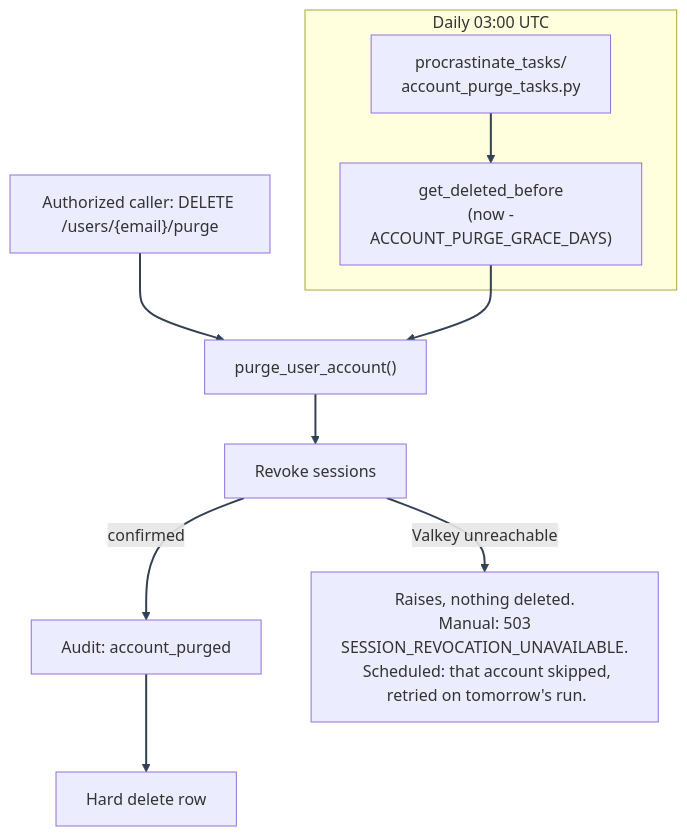
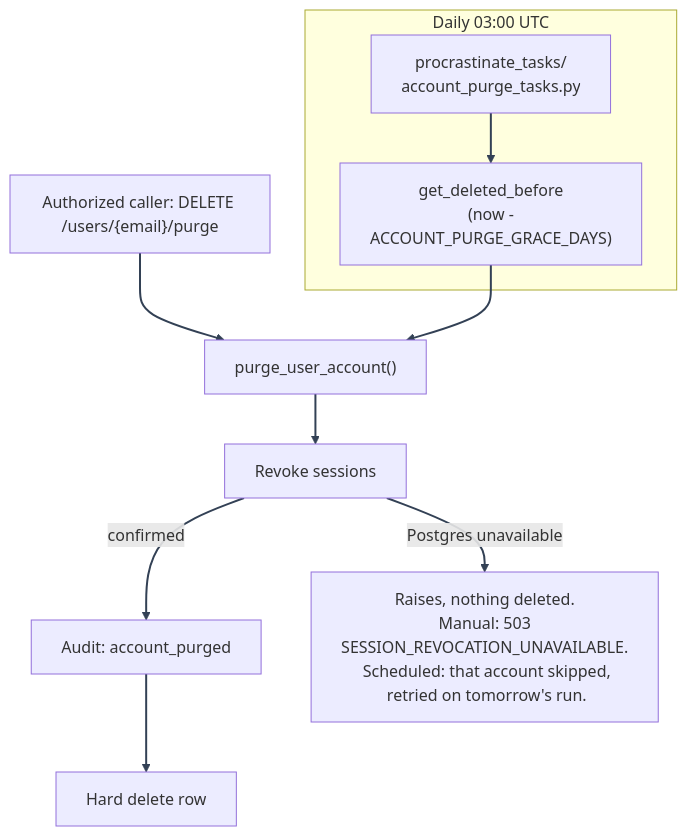
The diagram in docs/mystic_auth/authentication/account-deletion/permission-protected-actions-and-purge.md (Nachiket-2024/mystic-auth), drawn with Mermaid before and after one commit. The commit also changed other lines of this file and 376 other files, not shown here.

````diff
--- a/docs/mystic_auth/authentication/account-deletion/permission-protected-actions-and-purge.md
+++ b/docs/mystic_auth/authentication/account-deletion/permission-protected-actions-and-purge.md
@@ -46,16 +46,16 @@
 ```mermaid
 %%{init: {"themeVariables": {"lineColor": "#334155"}} }%%
 flowchart TD
     Privileged["Authorized caller: DELETE /users/{email}/purge"]
     subgraph Scheduled["Daily 03:00 UTC"]
         Cron["procrastinate_tasks/\n account_purge_tasks.py"]
         Query["get_deleted_before\n (now - ACCOUNT_PURGE_GRACE_DAYS)"]
         Cron --> Query
     end
     Privileged --> Purge["purge_user_account()"]
     Query --> Purge
     Purge --> Revoke["Revoke sessions"]
     Revoke -- "confirmed" --> Audit["Audit: account_purged"] --> HardDelete["Hard delete row"]
-    Revoke -- "Valkey unreachable" --> Blocked["Raises, nothing deleted.\n Manual: 503 SESSION_REVOCATION_UNAVAILABLE.\n Scheduled: that account skipped,\n retried on tomorrow's run."]
+    Revoke -- "Postgres unavailable" --> Blocked["Raises, nothing deleted.\n Manual: 503 SESSION_REVOCATION_UNAVAILABLE.\n Scheduled: that account skipped,\n retried on tomorrow's run."]
     linkStyle default stroke:#334155,stroke-width:2px
 ```
````
